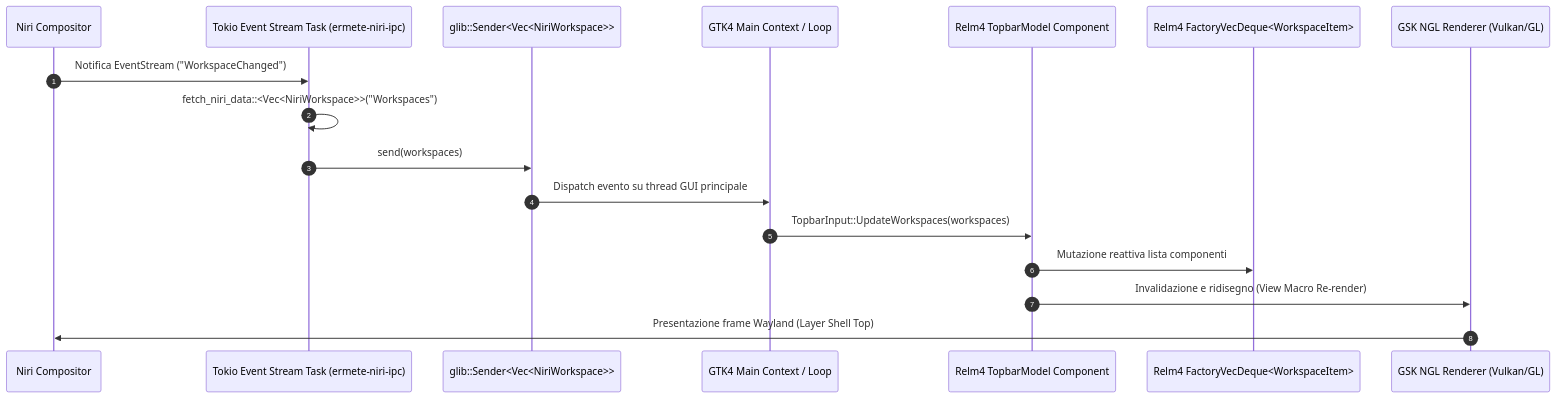
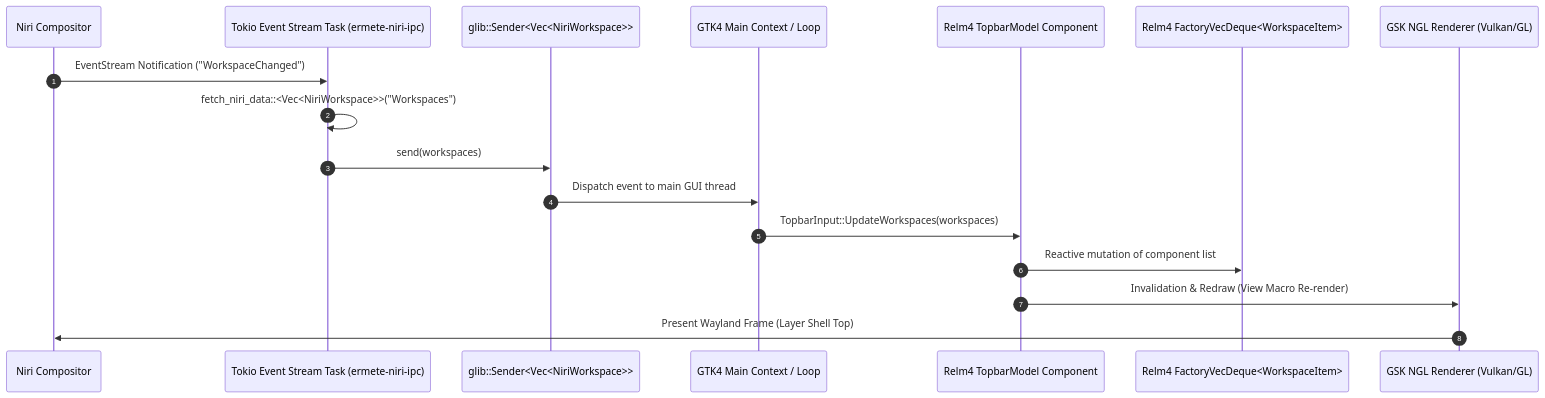
Before and after one commit to hr-mes/ermete-os: the second of 2 diagrams in docs/brain/doc_shell_ui.md, drawn with Mermaid. The commit also changed other lines of this file and 11 other files, not shown here.

Commit message:
docs(core): enterprise uplift via shared-docs-sync agent for deep architecture

````diff
--- a/docs/brain/doc_shell_ui.md
+++ b/docs/brain/doc_shell_ui.md
@@ -199,20 +199,20 @@
 ```mermaid
 sequenceDiagram
     autonumber
     participant Niri as Niri Compositor
     participant EventTask as Tokio Event Stream Task (ermete-niri-ipc)
     participant Channel as glib::Sender<Vec<NiriWorkspace>>
     participant GTKLoop as GTK4 Main Context / Loop
     participant Component as Relm4 TopbarModel Component
     participant Factory as Relm4 FactoryVecDeque<WorkspaceItem>
     participant GSK as GSK NGL Renderer (Vulkan/GL)
 
-    Niri->>EventTask: Notifica EventStream ("WorkspaceChanged")
+    Niri->>EventTask: EventStream Notification ("WorkspaceChanged")
     EventTask->>EventTask: fetch_niri_data::<Vec<NiriWorkspace>>("Workspaces")
     EventTask->>Channel: send(workspaces)
-    Channel->>GTKLoop: Dispatch evento su thread GUI principale
+    Channel->>GTKLoop: Dispatch event to main GUI thread
     GTKLoop->>Component: TopbarInput::UpdateWorkspaces(workspaces)
-    Component->>Factory: Mutazione reattiva lista componenti
-    Component->>GSK: Invalidazione e ridisegno (View Macro Re-render)
-    GSK->>Niri: Presentazione frame Wayland (Layer Shell Top)
+    Component->>Factory: Reactive mutation of component list
+    Component->>GSK: Invalidation & Redraw (View Macro Re-render)
+    GSK->>Niri: Present Wayland Frame (Layer Shell Top)
 ```
````
